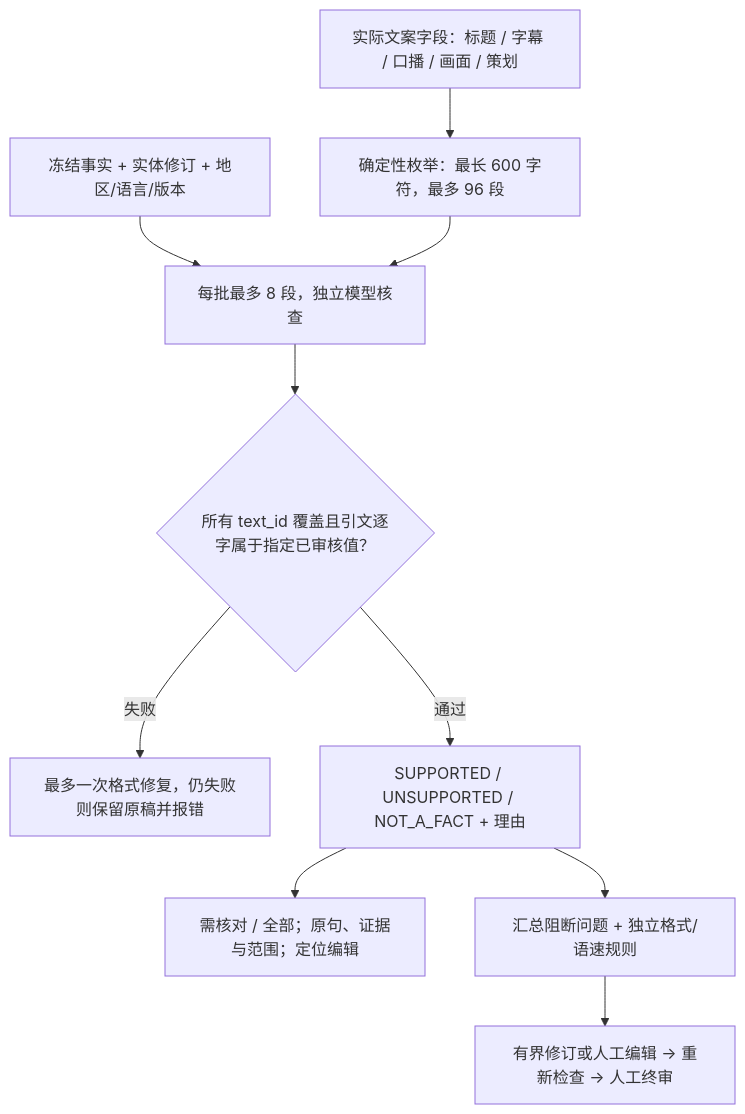
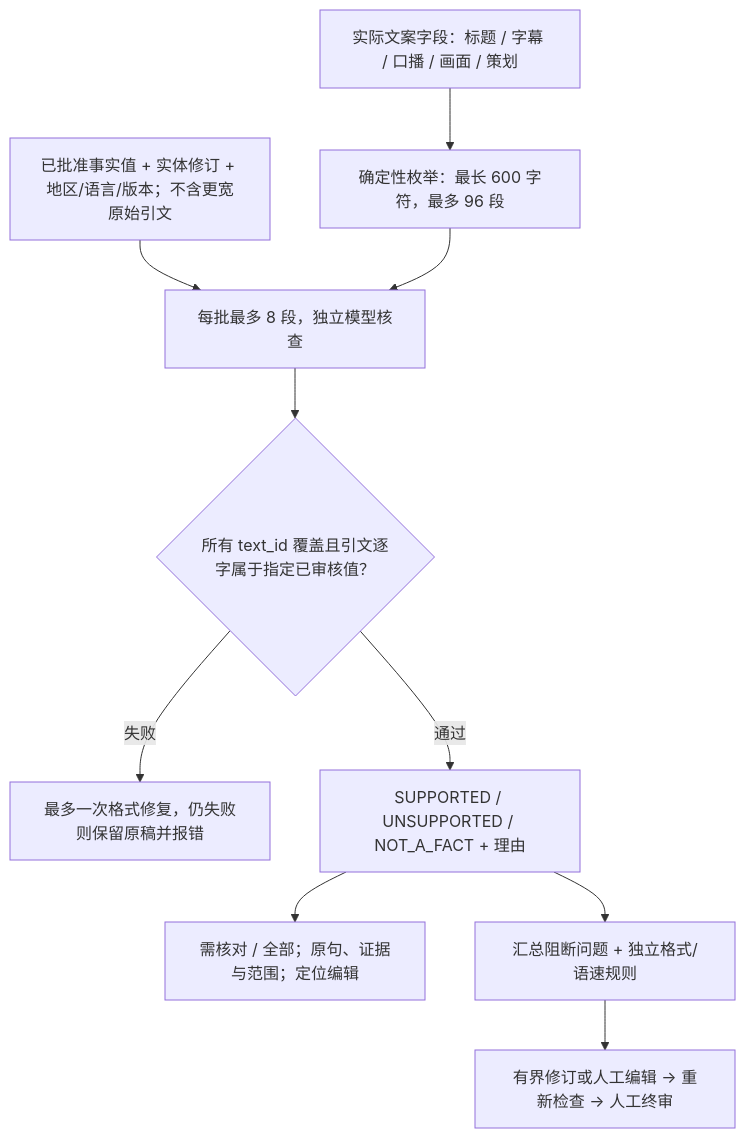
The fourth of 6 diagrams in docs/architecture/system-architecture.md (Wenqi77Zhang/GameCrafter-Agent), drawn with Mermaid before and after one commit. The commit also changed other lines of this file and 4 other files, not shown here.

Commit message:
docs: add verified runtime and agent collaboration diagrams

````diff
--- a/docs/architecture/system-architecture.md
+++ b/docs/architecture/system-architecture.md
@@ -112,12 +137,12 @@
 ```mermaid
 flowchart TD
     D["实际文案字段：标题 / 字幕 / 口播 / 画面 / 策划"] --> T["确定性枚举：最长 600 字符，最多 96 段"]
-    F["冻结事实 + 实体修订 + 地区/语言/版本"] --> B["每批最多 8 段，独立模型核查"]
+    F["已批准事实值 + 实体修订 + 地区/语言/版本；不含更宽原始引文"] --> B["每批最多 8 段，独立模型核查"]
     T --> B
     B --> V{"所有 text_id 覆盖且引文逐字属于指定已审核值？"}
     V -->|失败| REPAIR["最多一次格式修复，仍失败则保留原稿并报错"]
     V -->|通过| RESULT["SUPPORTED / UNSUPPORTED / NOT_A_FACT + 理由"]
     RESULT --> UI["需核对 / 全部；原句、证据与范围；定位编辑"]
     RESULT --> G["汇总阻断问题 + 独立格式/语速规则"]
     G --> H["有界修订或人工编辑 → 重新检查 → 人工终审"]
 ```
````
